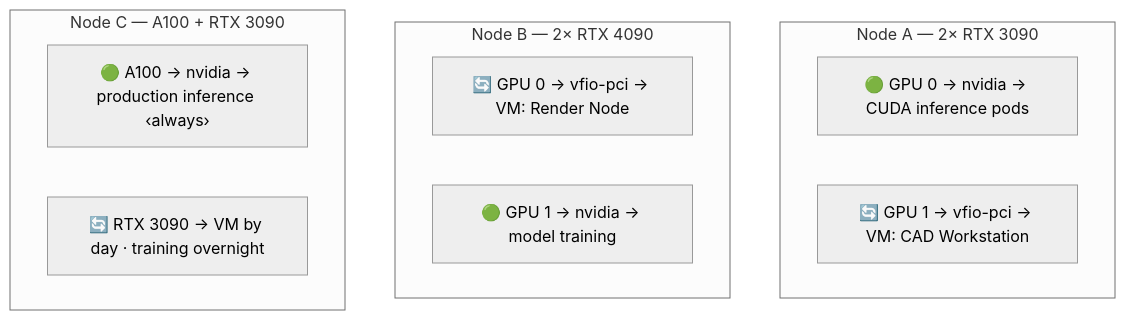
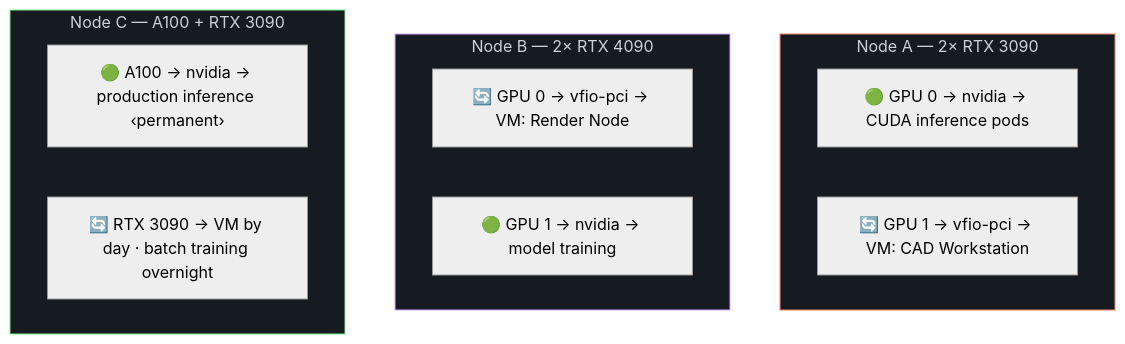
Before and after one commit to mazsola2k/platform-engineering: the second of 6 diagrams in windows-client/kubevirt-gpu-wiki.md, drawn with Mermaid (neutral theme). The commit also changed other lines of this file, not shown here.

````diff
--- a/windows-client/kubevirt-gpu-wiki.md
+++ b/windows-client/kubevirt-gpu-wiki.md
@@ -73,15 +93,19 @@
 ```mermaid
 graph TB
     subgraph A["Node A — 2× RTX 3090"]
         A0["🟢 GPU 0 → nvidia → CUDA inference pods"]
         A1["🔄 GPU 1 → vfio-pci → VM: CAD Workstation"]
     end
     subgraph B["Node B — 2× RTX 4090"]
         B0["🔄 GPU 0 → vfio-pci → VM: Render Node"]
         B1["🟢 GPU 1 → nvidia → model training"]
     end
     subgraph C["Node C — A100 + RTX 3090"]
-        C0["🟢 A100 → nvidia → production inference ‹always›"]
-        C1["🔄 RTX 3090 → VM by day · training overnight"]
+        C0["🟢 A100 → nvidia → production inference ‹permanent›"]
+        C1["🔄 RTX 3090 → VM by day · batch training overnight"]
     end
+
+    style A fill:#161b22,stroke:#f78166,color:#c9d1d9
+    style B fill:#161b22,stroke:#d2a8ff,color:#c9d1d9
+    style C fill:#161b22,stroke:#7ee787,color:#c9d1d9
 ```
````
